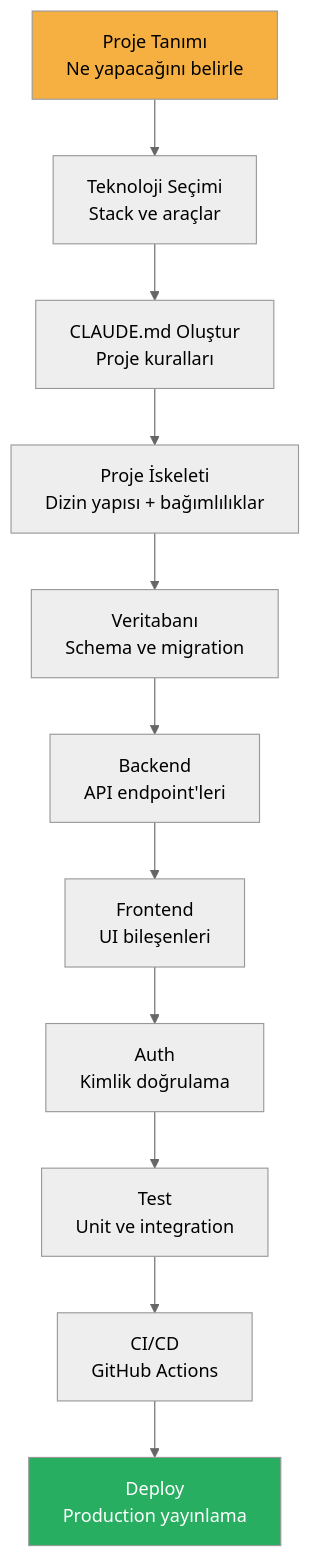
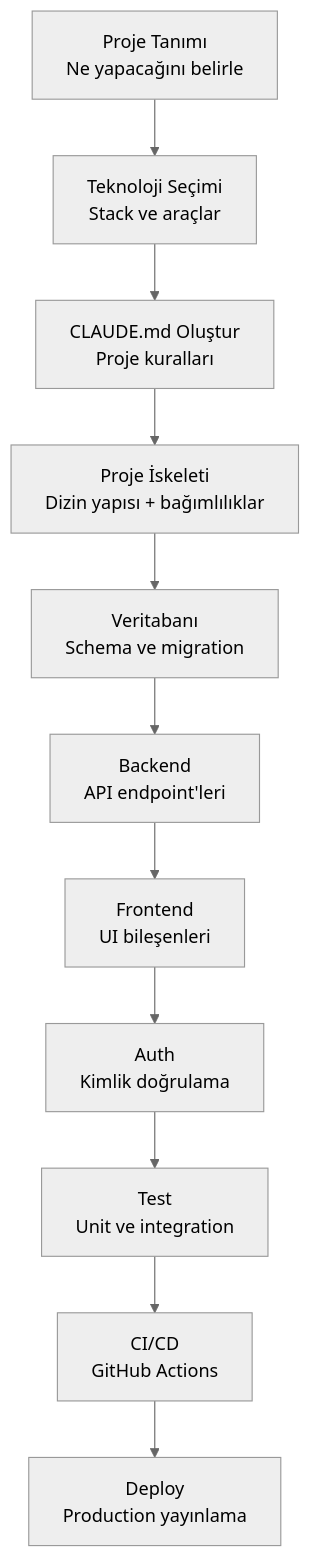
Before and after one commit to IzzetYasinAtes/ClaudeCodeHandbook: the first of 2 diagrams in 20-pratik-senaryolar/06-sifirdan-proje-olusturma.md, drawn with Mermaid (neutral theme). The commit also changed 97 other files, not shown here.

Commit message:
Remove all custom Mermaid style/fill colors from 98 markdown files for consistent dark theme rendering

````diff
--- a/20-pratik-senaryolar/06-sifirdan-proje-olusturma.md
+++ b/20-pratik-senaryolar/06-sifirdan-proje-olusturma.md
@@ -16,16 +16,13 @@
 ```mermaid
 flowchart TD
     A["Proje Tanımı<br/>Ne yapacağını belirle"] --> B["Teknoloji Seçimi<br/>Stack ve araçlar"]
     B --> C["CLAUDE.md Oluştur<br/>Proje kuralları"]
     C --> D["Proje İskeleti<br/>Dizin yapısı + bağımlılıklar"]
     D --> E["Veritabanı<br/>Schema ve migration"]
     E --> F["Backend<br/>API endpoint'leri"]
     F --> G["Frontend<br/>UI bileşenleri"]
     G --> H["Auth<br/>Kimlik doğrulama"]
     H --> I["Test<br/>Unit ve integration"]
     I --> J["CI/CD<br/>GitHub Actions"]
     J --> K["Deploy<br/>Production yayınlama"]
-
-    style A fill:#F5B041,color:#000
-    style K fill:#27AE60,color:#fff
 ```
````
